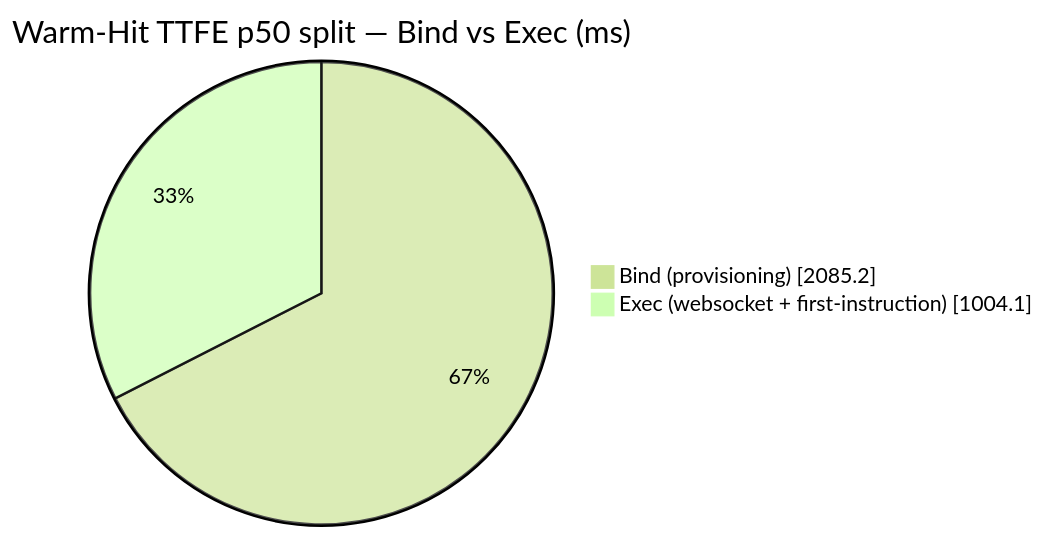
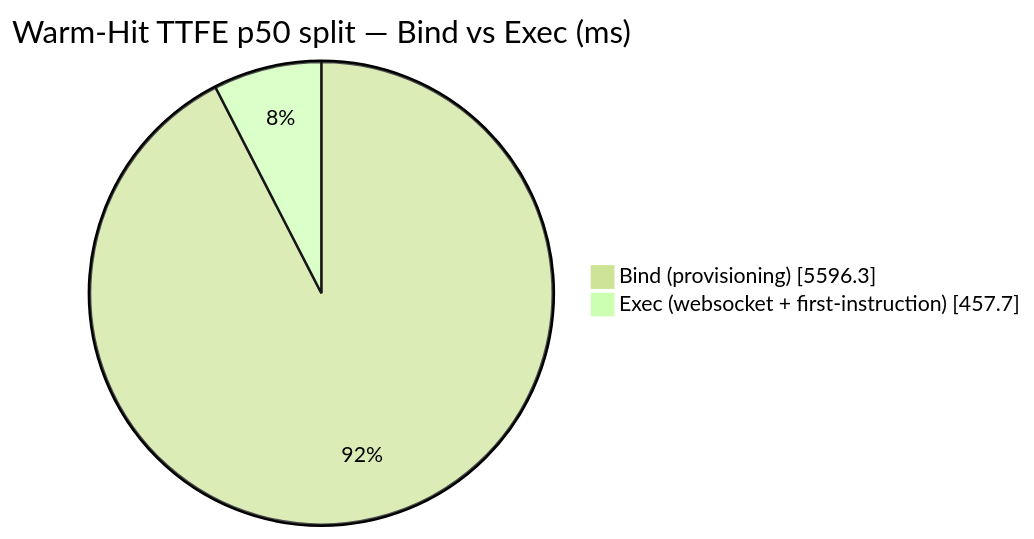
One commit to AlexBulankou/honest-bench changed the diagram in DETAILS.md. Above: the diagram before and after it, drawn with Mermaid (forest theme). The commit also changed other lines of this file and 5 other files, not shown here.

````diff
--- a/DETAILS.md
+++ b/DETAILS.md
@@ -118,6 +119,6 @@
 ```mermaid
 pie showData
     title Warm-Hit TTFE p50 split — Bind vs Exec (ms)
-    "Bind (provisioning)" : 2085.2
-    "Exec (websocket + first-instruction)" : 1004.1
+    "Bind (provisioning)" : 5596.3
+    "Exec (websocket + first-instruction)" : 457.7
 ```
````
